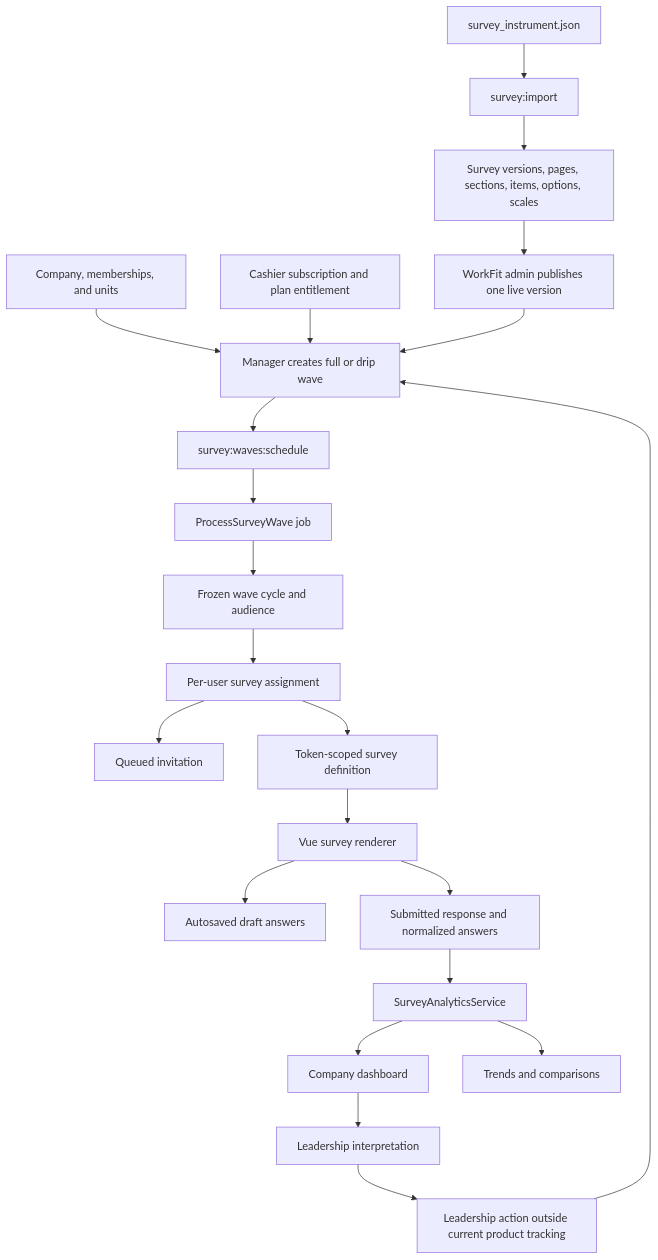
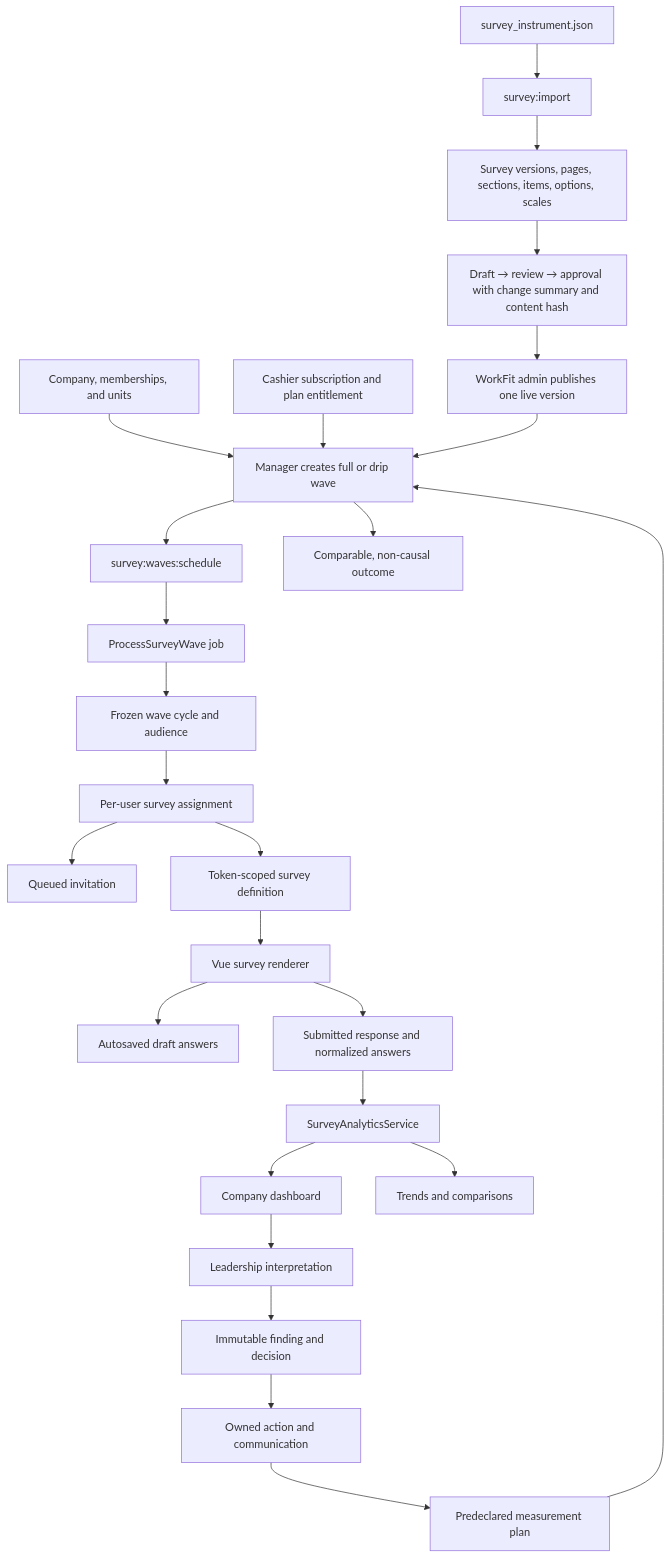
One commit to gurulost/empulse changed the diagram in docs/ARCHITECTURE.md. Above: the diagram before and after it, drawn with Mermaid. The commit also changed other lines of this file and 96 other files, not shown here.

````diff
--- a/docs/ARCHITECTURE.md
+++ b/docs/ARCHITECTURE.md
@@ -54,27 +54,31 @@
 ```mermaid
 flowchart TD
     Instrument["survey_instrument.json"] --> Importer["survey:import"]
     Importer --> VersionedContent["Survey versions, pages, sections, items, options, scales"]
-    VersionedContent --> Publish["WorkFit admin publishes one live version"]
+    VersionedContent --> Review["Draft → review → approval with change summary and content hash"]
+    Review --> Publish["WorkFit admin publishes one live version"]
 
     Company["Company, memberships, and units"] --> Wave["Manager creates full or drip wave"]
     Billing["Cashier subscription and plan entitlement"] --> Wave
     Publish --> Wave
 
     Wave --> Scheduler["survey:waves:schedule"]
     Scheduler --> Process["ProcessSurveyWave job"]
     Process --> Cohort["Frozen wave cycle and audience"]
     Cohort --> Assignment["Per-user survey assignment"]
     Assignment --> Invite["Queued invitation"]
     Assignment --> Definition["Token-scoped survey definition"]
     Definition --> SurveyUI["Vue survey renderer"]
     SurveyUI --> Draft["Autosaved draft answers"]
     SurveyUI --> Response["Submitted response and normalized answers"]
 
     Response --> Analytics["SurveyAnalyticsService"]
     Analytics --> Dashboard["Company dashboard"]
     Analytics --> Reports["Trends and comparisons"]
     Dashboard --> Interpretation["Leadership interpretation"]
-    Interpretation --> Action["Leadership action outside current product tracking"]
-    Action --> Wave
+    Interpretation --> Finding["Immutable finding and decision"]
+    Finding --> Action["Owned action and communication"]
+    Action --> Measurement["Predeclared measurement plan"]
+    Measurement --> Wave
+    Wave --> Outcome["Comparable, non-causal outcome"]
 ```
````
